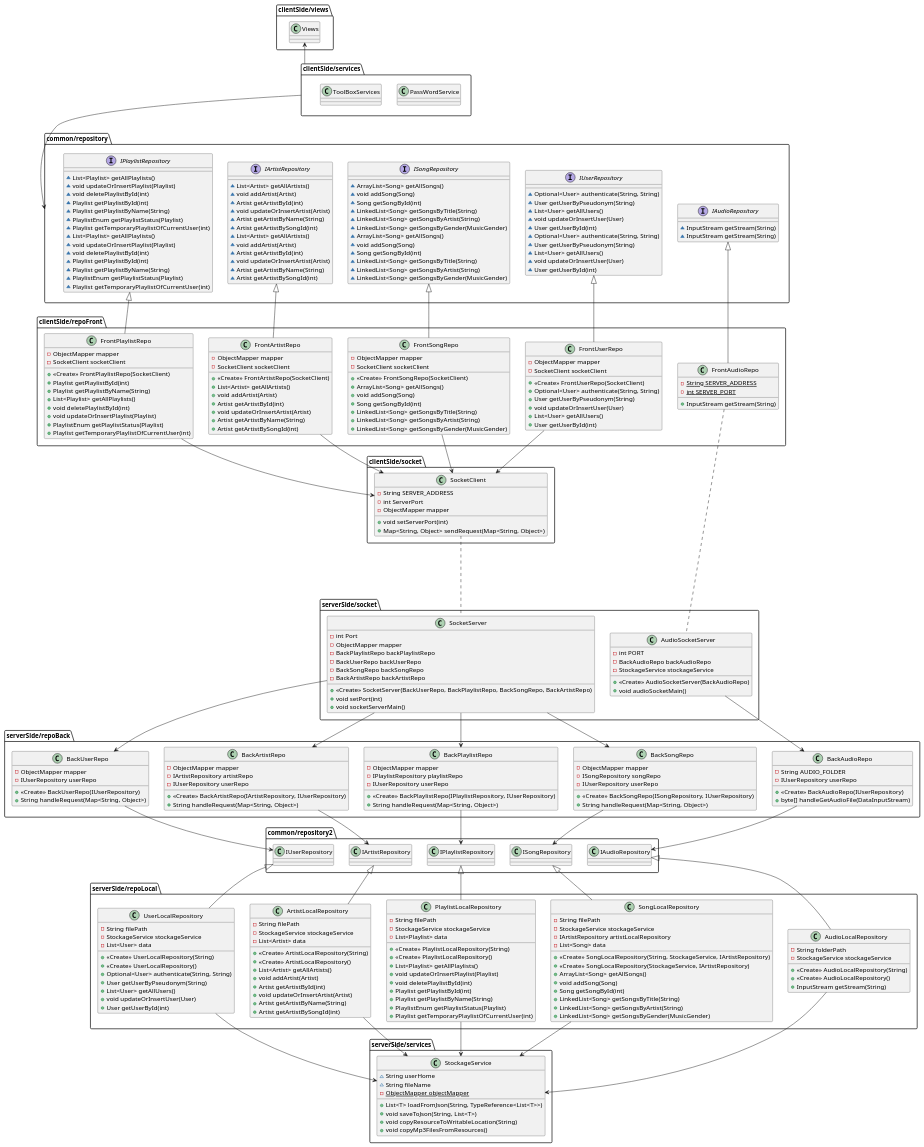
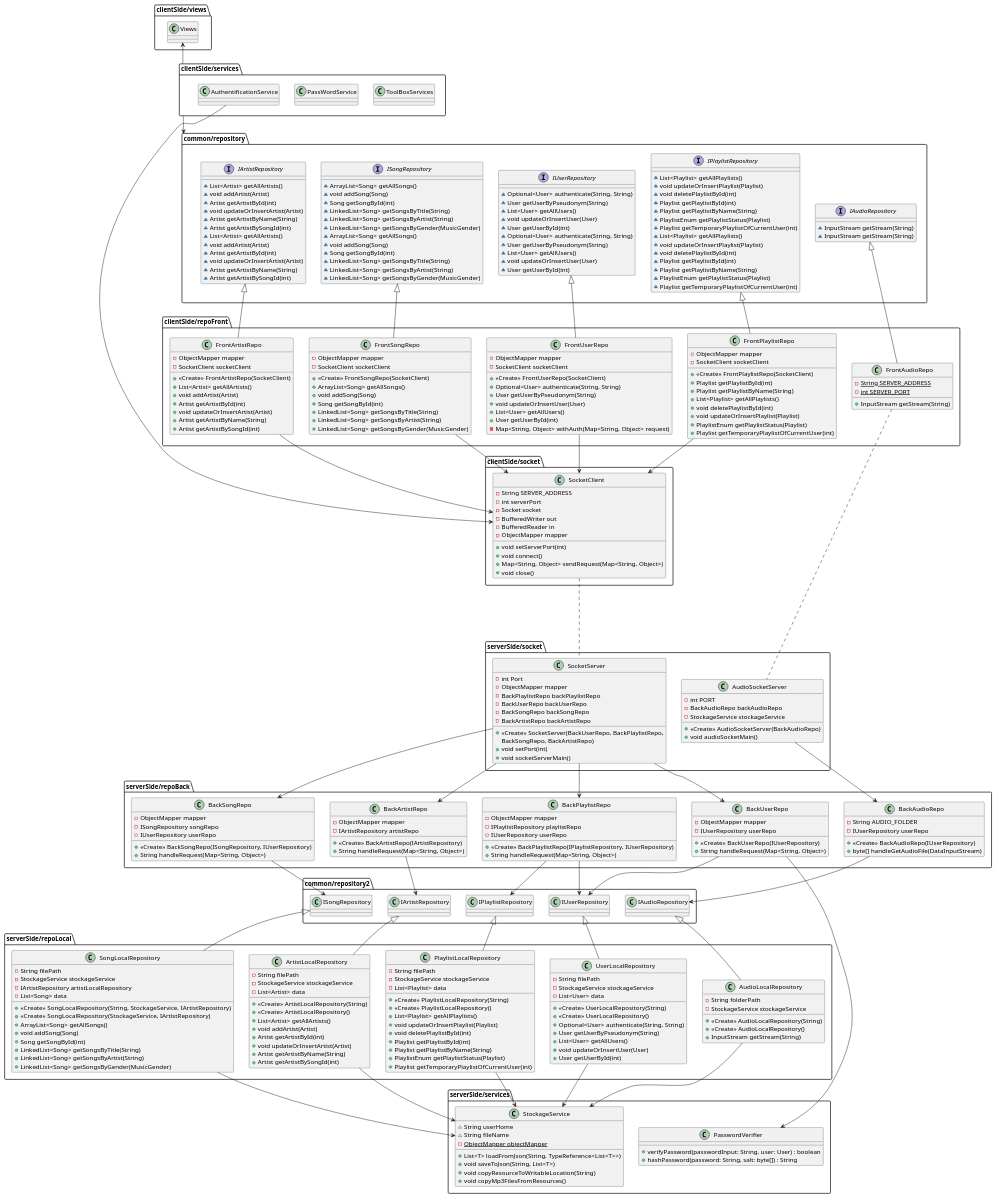
The diagram in Diagrams/classDiagrams/repo-socket.puml (marionrossier/MiniSpotify), drawn with PlantUML before and after one commit. The commit also changed 8 other files, not shown here.

Commit message:
refactor: rename PasswordService to PasswordGenerator and integrate AuthentificationService into ToolBoxView

```diff
--- a/Diagrams/classDiagrams/repo-socket.puml
+++ b/Diagrams/classDiagrams/repo-socket.puml
@@ -70,6 +70,7 @@
         + void updateOrInsertUser(User)
         + List<User> getAllUsers()
         + User getUserById(int)
+        - Map<String, Object> withAuth(Map<String, Object> request)
     }
 
     class FrontPlaylistRepo {
@@ -101,10 +102,15 @@
 package "clientSide/socket" {
     class SocketClient {
         - String SERVER_ADDRESS
-        - int ServerPort
+        - int serverPort
+        - Socket socket
+        - BufferedWriter out
+        - BufferedReader in
         - ObjectMapper mapper
         + void setServerPort(int)
+        + void connect()
         + Map<String, Object> sendRequest(Map<String, Object>)
+        + void close()
     }
 }
 
@@ -124,7 +130,8 @@
         - BackUserRepo backUserRepo
         - BackSongRepo backSongRepo
         - BackArtistRepo backArtistRepo
-        + <<Create>> SocketServer(BackUserRepo, BackPlaylistRepo, BackSongRepo, BackArtistRepo)
+        + <<Create>> SocketServer(BackUserRepo, BackPlaylistRepo,
+        BackSongRepo, BackArtistRepo)
         + void setPort(int)
         + void socketServerMain()
     }
@@ -164,8 +171,7 @@
     class BackArtistRepo {
         - ObjectMapper mapper
         - IArtistRepository artistRepo
-        - IUserRepository userRepo
-        + <<Create>> BackArtistRepo(IArtistRepository, IUserRepository)
+        + <<Create>> BackArtistRepo(IArtistRepository)
         + String handleRequest(Map<String, Object>)
     }
 }
@@ -289,6 +295,10 @@
         + void copyResourceToWritableLocation(String)
         + void copyMp3FilesFromResources()
     }
+    class PasswordVerifier {
+        + verifyPassword(passwordInput: String, user: User) : boolean
+        + hashPassword(password: String, salt: byte[]) : String
+    }
 }
 
 
@@ -313,7 +323,9 @@
 "serverSide/repoBack.BackUserRepo" -d-> "common/repository2.IUserRepository"
 "serverSide/repoBack.BackSongRepo" -d-> "common/repository2.ISongRepository"
 "serverSide/repoBack.BackPlaylistRepo" -d-> "common/repository2.IPlaylistRepository"
+"serverSide/repoBack.BackPlaylistRepo" -d-> "common/repository2.IUserRepository"
 "serverSide/repoBack.BackArtistRepo" -d-> "common/repository2.IArtistRepository"
+"serverSide/repoBack.BackUserRepo" -d-> "serverSide/services.PasswordVerifier"
 
 "serverSide/repoLocal.SongLocalRepository" -u-|> "common/repository2.ISongRepository"
 "serverSide/repoLocal.PlaylistLocalRepository" -u-|> "common/repository2.IPlaylistRepository"
@@ -334,8 +346,10 @@
 "clientSide/services" -d-> "common/repository"
 "clientSide/services" -u-> "clientSide/views.Views"
 
+"clientSide/services.AuthentificationService" -u-> "clientSide/socket.SocketClient"
 "clientSide/socket.SocketClient" ..d.. "serverSide/socket.SocketServer"
 "clientSide/repoFront.FrontAudioRepo" ..d.. "serverSide/socket.AudioSocketServer"
+
 "clientSide/socket.SocketClient" ..[hidden]d.. "serverSide/socket.AudioSocketServer"
 "clientSide/repoFront.FrontAudioRepo" -[hidden]d-> "clientSide/socket.SocketClient"
 
```
